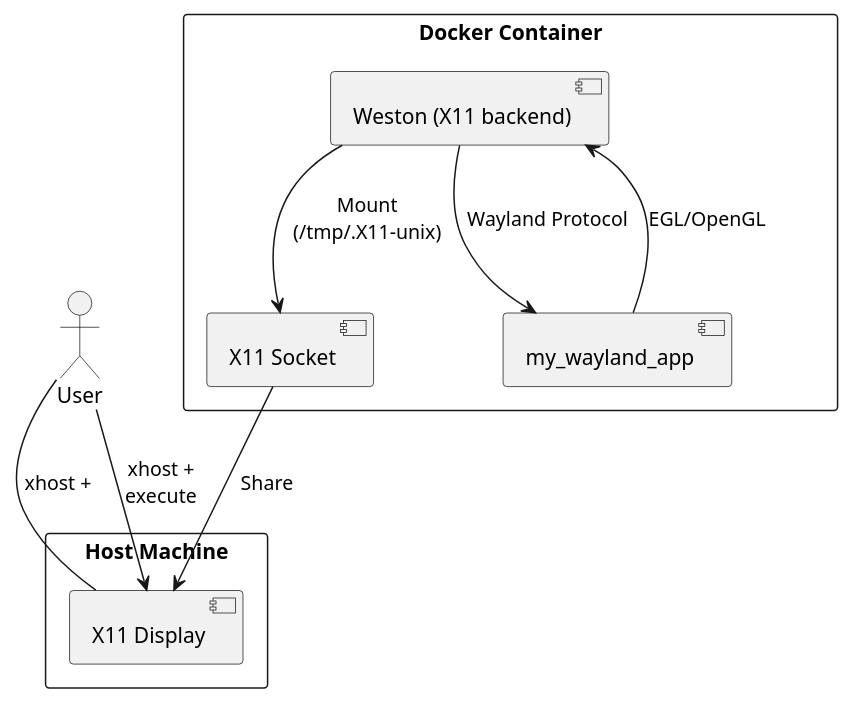
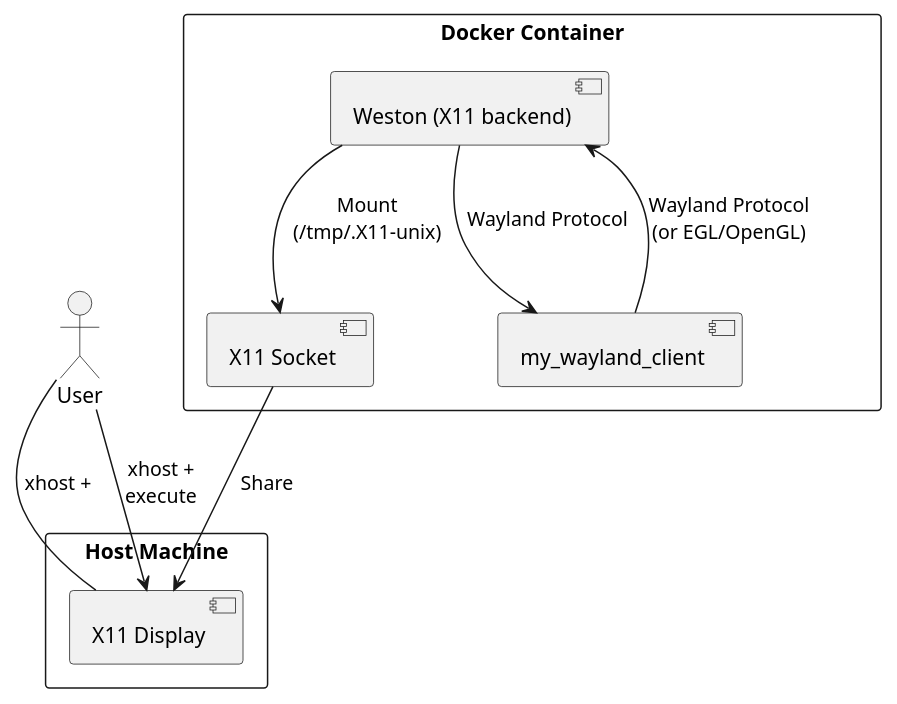
Before and after one commit to ottomossei/my-wayland-client: the diagram in docs/overview.pu, drawn with PlantUML. The commit also changed 10 other files, not shown here.

Commit message:
rename app to client

```diff
--- a/docs/overview.pu
+++ b/docs/overview.pu
@@ -1,19 +1,19 @@
 @startuml
 actor User
 rectangle "Host Machine" {
   [X11 Display] as X11Display
   User -- X11Display : xhost +
 }
 
 rectangle "Docker Container" {
   component "Weston (X11 backend)" as Weston
   [X11 Socket] as X11Socket
-  component "my_wayland_app" as MyApp
+  component "my_wayland_client" as MyApp
 }
 
 User --> X11Display : xhost +\nexecute
 Weston --> X11Socket : Mount\n(/tmp/.X11-unix)
 X11Socket --> X11Display : Share
 Weston --> MyApp : Wayland Protocol
-MyApp --> Weston : EGL/OpenGL
+MyApp --> Weston : Wayland Protocol\n(or EGL/OpenGL)
 @enduml
```
